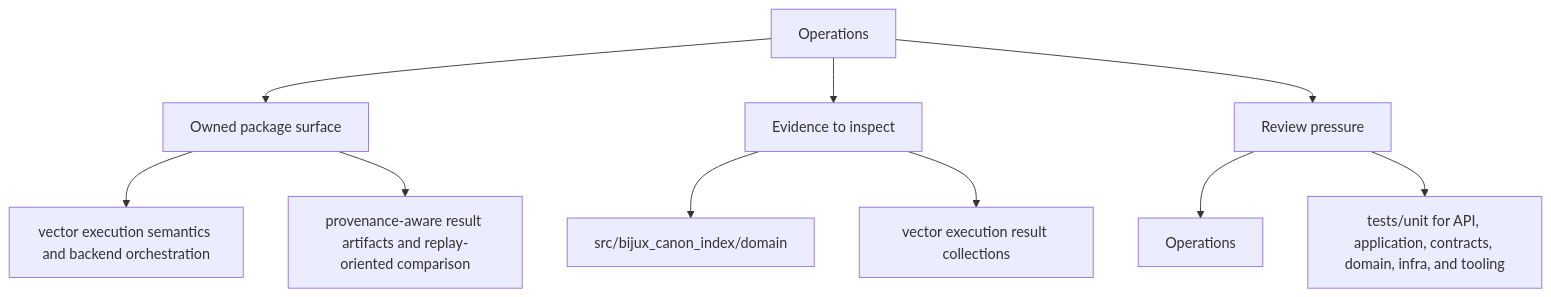
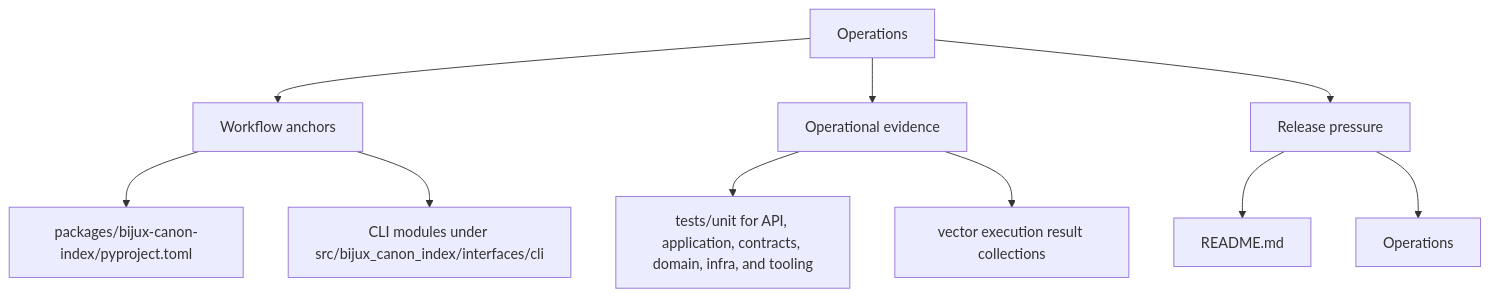
The second of 2 diagrams in docs/bijux-canon-index/operations/index.md (bijux/bijux-canon), drawn with Mermaid before and after one commit. The commit also changed other lines of this file and 250 other files, not shown here.

Commit message:
docs(diagrams): make product page maps more readable

````diff
--- a/docs/bijux-canon-index/operations/index.md
+++ b/docs/bijux-canon-index/operations/index.md
@@ -32,22 +32,22 @@
 ```mermaid
 flowchart TD
     page["Operations"]
-    focus1["Owned package surface"]
+    focus1["Workflow anchors"]
     page --> focus1
-    focus1_1["vector execution semantics and backend orchestration"]
+    focus1_1["packages/bijux-canon-index/pyproject.toml"]
     focus1 --> focus1_1
-    focus1_2["provenance-aware result artifacts and replay-oriented comparison"]
+    focus1_2["CLI modules under src/bijux_canon_index/interfaces/cli"]
     focus1 --> focus1_2
-    focus2["Evidence to inspect"]
+    focus2["Operational evidence"]
     page --> focus2
-    focus2_1["src/bijux_canon_index/domain"]
+    focus2_1["tests/unit for API, application, contracts, domain, infra, and tooling"]
     focus2 --> focus2_1
     focus2_2["vector execution result collections"]
     focus2 --> focus2_2
-    focus3["Review pressure"]
+    focus3["Release pressure"]
     page --> focus3
-    focus3_1["Operations"]
+    focus3_1["README.md"]
     focus3 --> focus3_1
-    focus3_2["tests/unit for API, application, contracts, domain, infra, and tooling"]
+    focus3_2["Operations"]
     focus3 --> focus3_2
 ```
````
